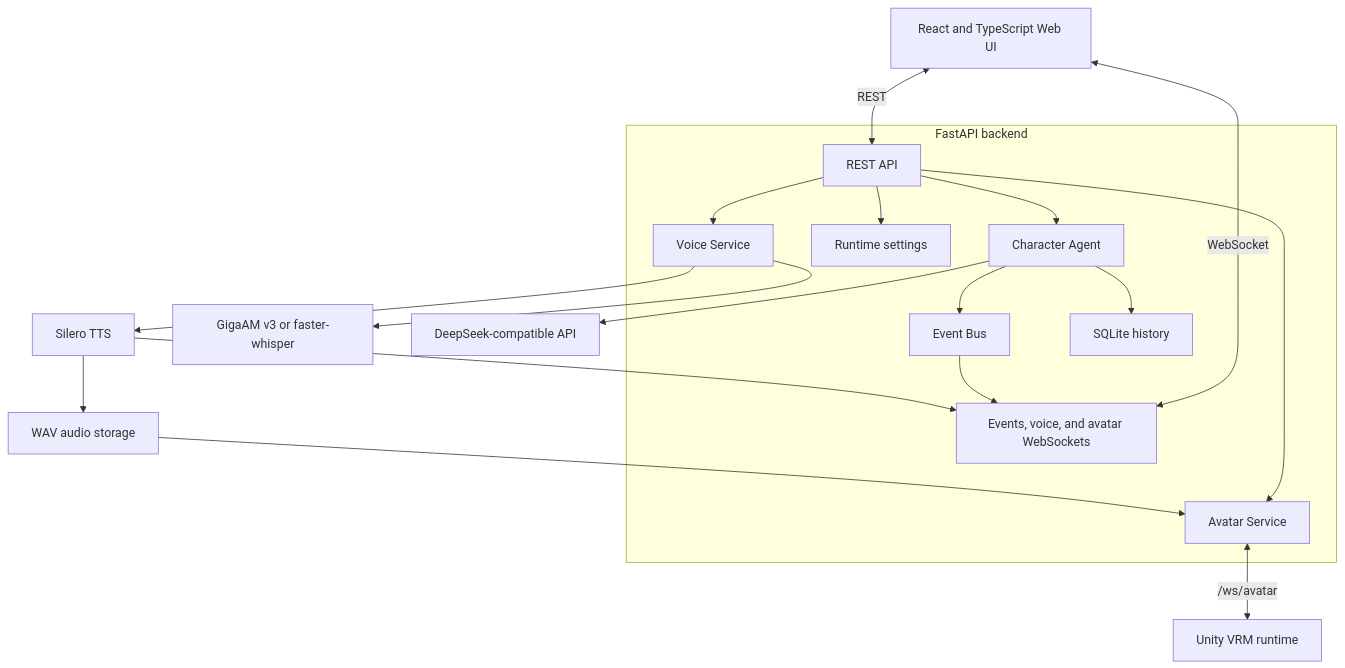
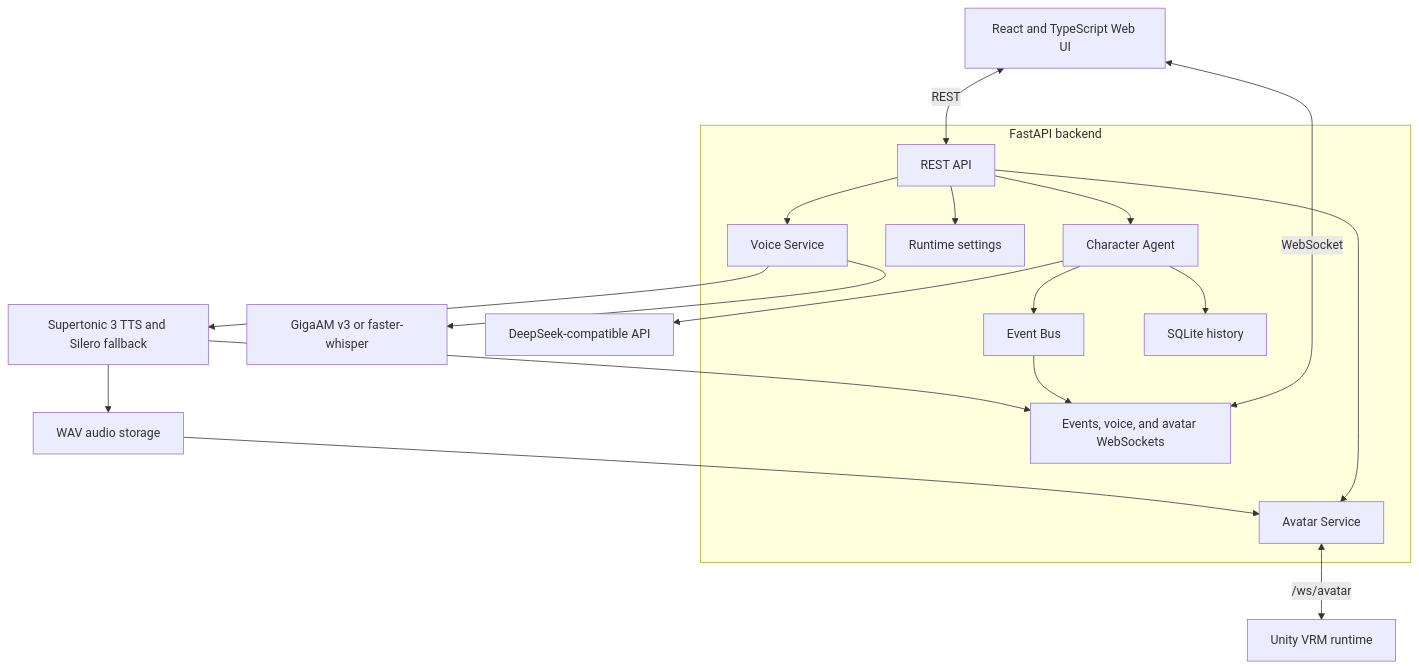
One commit to bad1and/NeuroAsist changed the second of 2 diagrams in README.md. Above: the diagram before and after it, drawn with Mermaid. The commit also changed other lines of this file and 19 other files, not shown here.

Commit message:
upd TTS (Supertonic 3) Имеются недочёты

````diff
--- a/README.md
+++ b/README.md
@@ -312,38 +351,38 @@
 ```mermaid
 flowchart TB
     UI[React and TypeScript Web UI]
 
     subgraph Backend[FastAPI backend]
         API[REST API]
         WS[Events, voice, and avatar WebSockets]
         Agent[Character Agent]
         Runtime[Runtime settings]
         Events[Event Bus]
         Voice[Voice Service]
         Avatar[Avatar Service]
         History[SQLite history]
     end
 
     STT[GigaAM v3 or faster-whisper]
     LLM[DeepSeek-compatible API]
-    TTS[Silero TTS]
+    TTS[Supertonic 3 TTS and Silero fallback]
     Audio[WAV audio storage]
     Unity[Unity VRM runtime]
 
     UI <-->|REST| API
     UI <-->|WebSocket| WS
     API --> Agent
     API --> Voice
     API --> Runtime
     API --> Avatar
     Agent --> History
     Agent --> LLM
     Agent --> Events
     Voice --> STT
     Voice --> TTS
     TTS --> Audio
     Audio --> Avatar
     Avatar <-->|/ws/avatar| Unity
     Events --> WS
     TTS --> WS
 ```
````
